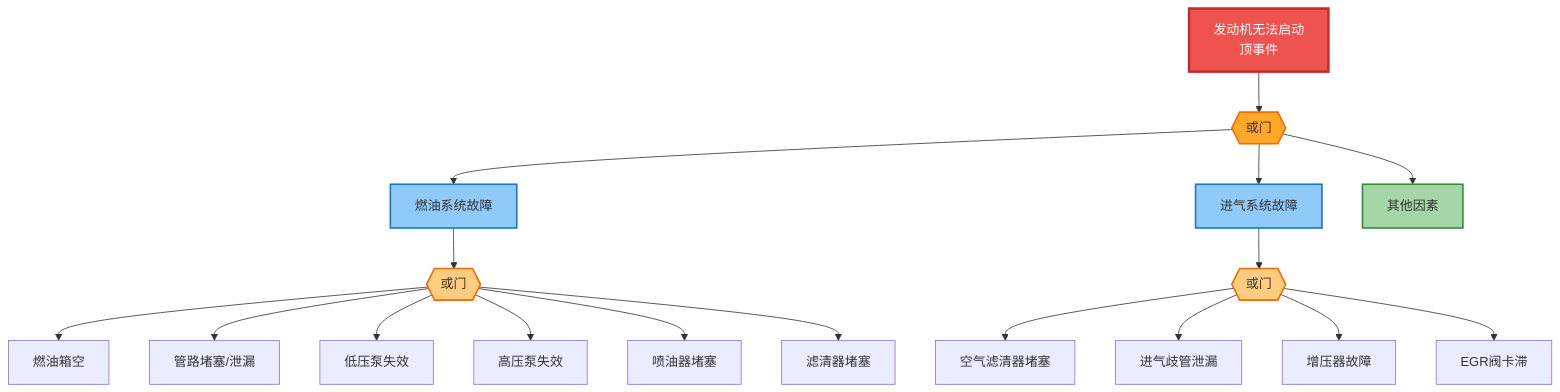
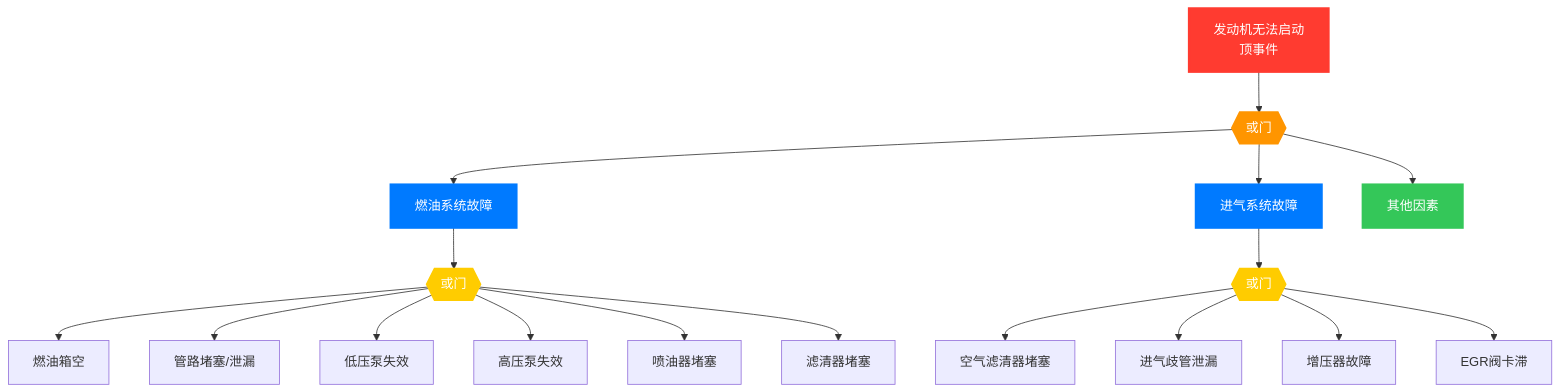
Before and after one commit to s-ai-unix/blog: the fifth of 13 diagrams in content/posts/2026-01-16-automotive-risk-analysis-overview.md, drawn with Mermaid. The commit also changed other lines of this file and 9 other files, not shown here.

````diff
--- a/content/posts/2026-01-16-automotive-risk-analysis-overview.md
+++ b/content/posts/2026-01-16-automotive-risk-analysis-overview.md
@@ -216,30 +280,30 @@
 ```mermaid
 graph TD
     Top[发动机无法启动<br>顶事件] --> OR1{{或门}}
 
     OR1 --> Fuel[燃油系统故障]
     OR1 --> Air[进气系统故障]
     OR1 --> Other[其他因素]
 
     Fuel --> OR2{{或门}}
     OR2 --> F1[燃油箱空]
     OR2 --> F2[管路堵塞/泄漏]
     OR2 --> F3[低压泵失效]
     OR2 --> F4[高压泵失效]
     OR2 --> F5[喷油器堵塞]
     OR2 --> F6[滤清器堵塞]
 
     Air --> OR3{{或门}}
     OR3 --> A1[空气滤清器堵塞]
     OR3 --> A2[进气歧管泄漏]
     OR3 --> A3[增压器故障]
     OR3 --> A4[EGR阀卡滞]
 
-    style Top fill:#ef5350,stroke:#c62828,stroke-width:3px,color:#ffffff
-    style OR1 fill:#ffa726,stroke:#ef6c00,stroke-width:2px
-    style OR2 fill:#ffcc80,stroke:#ef6c00,stroke-width:2px
-    style OR3 fill:#ffcc80,stroke:#ef6c00,stroke-width:2px
-    style Fuel fill:#90caf9,stroke:#1976d2,stroke-width:2px
-    style Air fill:#90caf9,stroke:#1976d2,stroke-width:2px
-    style Other fill:#a5d6a7,stroke:#388e3c,stroke-width:2px
+    style Top fill:#FF3B30,stroke:#FF3B30,stroke-width:3px,color:#ffffff
+    style OR1 fill:#FF9500,stroke:#FF9500,stroke-width:2px,color:#ffffff
+    style OR2 fill:#FFCC00,stroke:#FFCC00,stroke-width:2px,color:#ffffff
+    style OR3 fill:#FFCC00,stroke:#FFCC00,stroke-width:2px,color:#ffffff
+    style Fuel fill:#007AFF,stroke:#007AFF,stroke-width:2px,color:#ffffff
+    style Air fill:#007AFF,stroke:#007AFF,stroke-width:2px,color:#ffffff
+    style Other fill:#34C759,stroke:#34C759,stroke-width:2px,color:#ffffff
 ```
````
